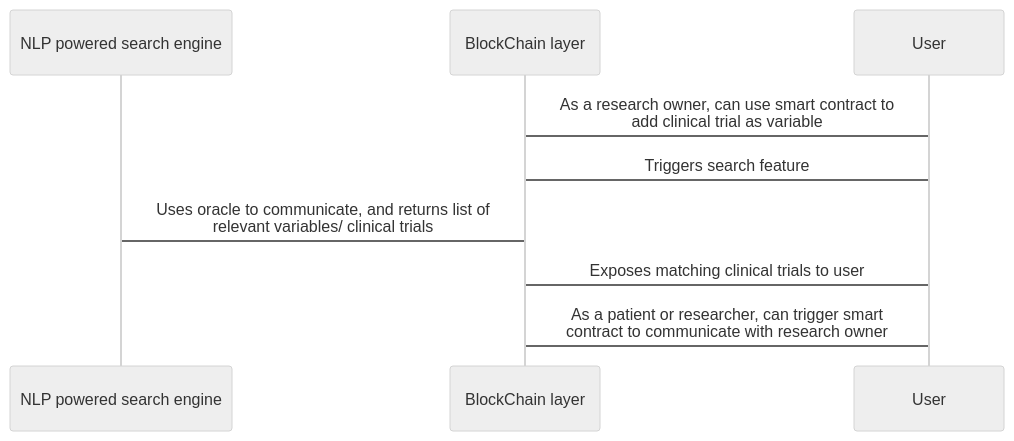
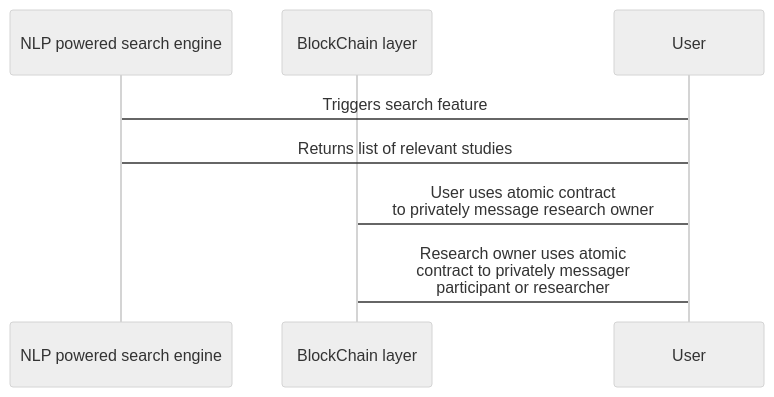
One commit to AI-and-Blockchain/S22_StudyBlock changed the second of 2 diagrams in README.md. Above: the diagram before and after it, drawn with Mermaid (neutral theme). The commit also changed other lines of this file, not shown here.

````diff
--- a/README.md
+++ b/README.md
@@ -32,12 +32,12 @@
 ```mermaid
 sequenceDiagram;
     Participant A as NLP powered search engine
     Participant B as BlockChain layer
     Participant C as User
-    C -> B: As a research owner, can use smart contract to <br> add clinical trial as variable
-    C -> B: Triggers search feature
-    A -> B: Uses oracle to communicate, and returns list of <br> relevant variables/ clinical trials
-    B -> C: Exposes matching clinical trials to user
-    C -> B: As a patient or researcher, can trigger smart <br> contract to communicate with research owner
+    C -> A: Triggers search feature
+    A -> C: Returns list of relevant studies
+    C -> B: User uses atomic contract <br> to privately message research owner
+    C -> B: Research owner uses atomic <br> contract to privately messager <br> participant or researcher
+   
     
 ```
````
